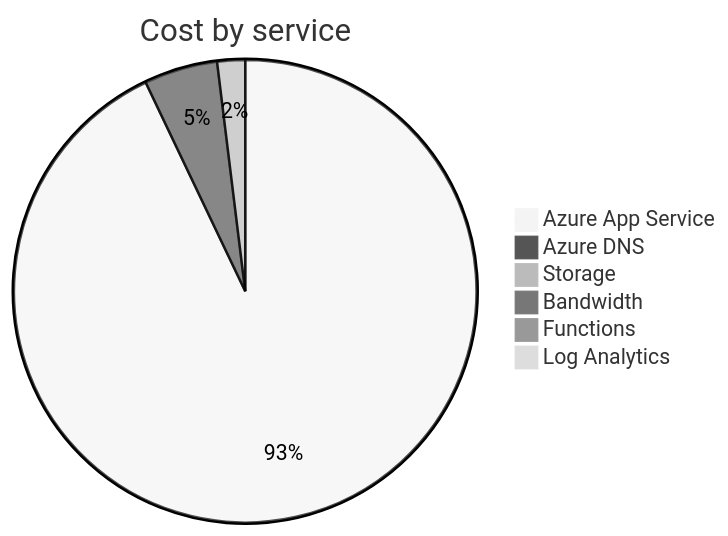
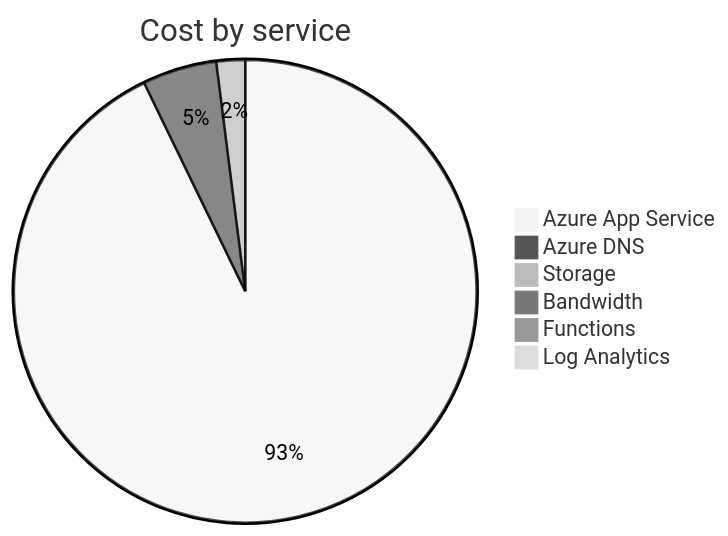
Before and after one commit to jpfulton/azure-personal-reports: the second of 4 diagrams in cost-reports/accumulated-cost.md, drawn with Mermaid (neutral theme). The commit also changed other lines of this file and 4 other files, not shown here.

````diff
--- a/cost-reports/accumulated-cost.md
+++ b/cost-reports/accumulated-cost.md
@@ -98,10 +98,10 @@
 ```mermaid
 pie
    title Cost by service
-   "Azure App Service" : 5.25
-   "Azure DNS" : 0.29
-   "Storage" : 0.11
+   "Azure App Service" : 5.55
+   "Azure DNS" : 0.31
+   "Storage" : 0.12
    "Bandwidth" : 0.00
    "Functions" : 0.00
    "Log Analytics" : 0.00
 ```
````
